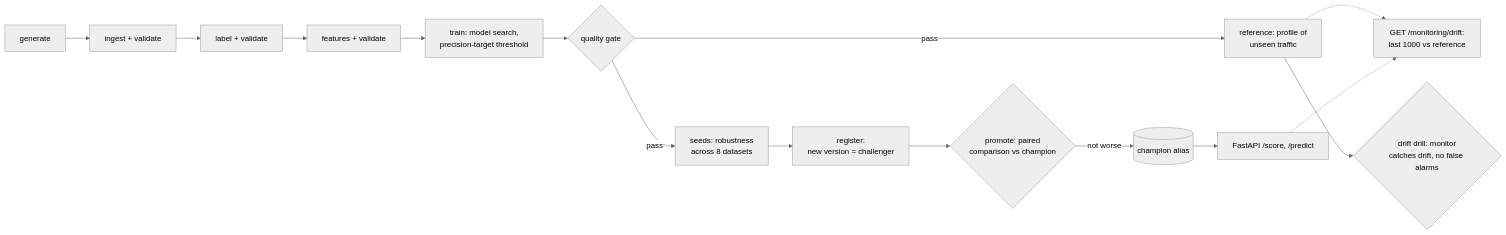
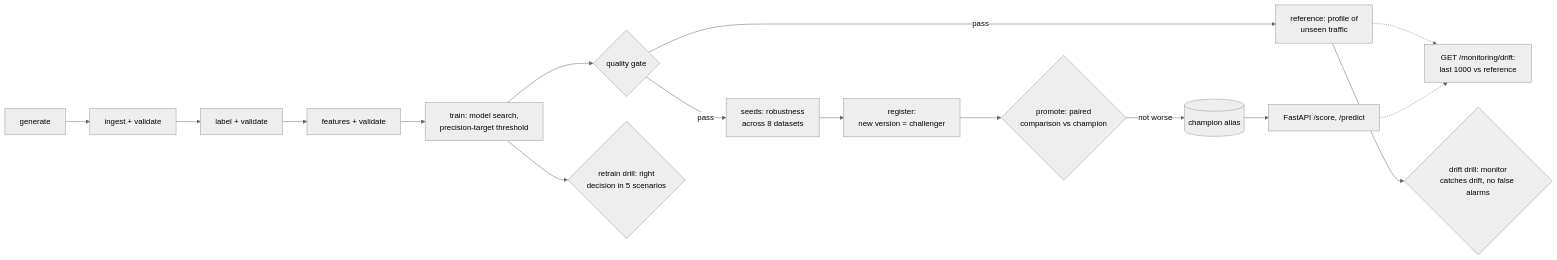
Before and after one commit to Hartyplaza/FraudShield-MLOps: the first of 3 diagrams in README.md, drawn with Mermaid (neutral theme). The commit also changed other lines of this file and 1 other file, not shown here.

Commit message:
M8 write-up: retraining loop, drills and findings; roadmap complete

````diff
--- a/README.md
+++ b/README.md
@@ -46,17 +46,18 @@
 ```mermaid
 flowchart LR
     G[generate] --> I[ingest + validate]
     I --> L[label + validate]
     L --> F[features + validate]
     F --> T[train: model search,<br/>precision-target threshold]
     T --> Q{quality gate}
     Q -->|pass| S[seeds: robustness<br/>across 8 datasets]
     Q -->|pass| RF[reference: profile of<br/>unseen traffic]
     RF --> DD{drift drill: monitor<br/>catches drift, no false alarms}
     S --> R[register:<br/>new version = challenger]
     R --> P{promote: paired<br/>comparison vs champion}
     P -->|not worse| C[(champion alias)]
     C --> A[FastAPI /score, /predict]
     RF -.-> M["GET /monitoring/drift:<br/>last 1000 vs reference"]
     A -.-> M
+    T --> RD{retrain drill: right<br/>decision in 5 scenarios}
 ```
````
